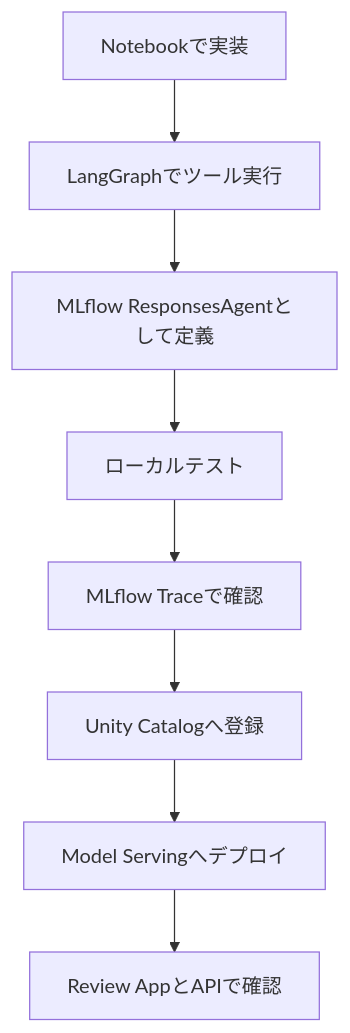
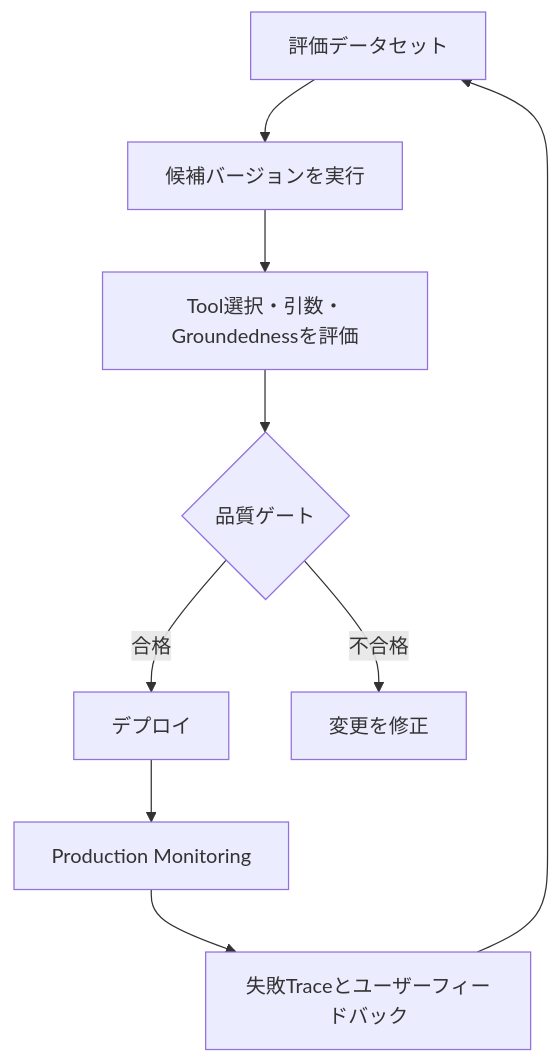
The eighth of 9 diagrams in articles/databricks-agentops-zenn.md (aymkbyshi/databricks-agentops-customer-support), drawn with Mermaid before and after one commit. The commit also changed other lines of this file, not shown here.

Commit message:
Rewrite Zenn article with current architecture and safety guidance

````diff
--- a/articles/databricks-agentops-zenn.md
+++ b/articles/databricks-agentops-zenn.md
@@ -518,10 +559,11 @@
 ```mermaid
 flowchart TD
-    A[Notebookで実装] --> B[LangGraphでツール実行]
-    B --> C[MLflow ResponsesAgentとして定義]
-    C --> D[ローカルテスト]
-    D --> E[MLflow Traceで確認]
-    E --> F[Unity Catalogへ登録]
-    F --> G[Model Servingへデプロイ]
-    G --> H[Review AppとAPIで確認]
+    A[評価データセット] --> B[候補バージョンを実行]
+    B --> C[Tool選択・引数・Groundednessを評価]
+    C --> D{品質ゲート}
+    D -->|合格| E[デプロイ]
+    D -->|不合格| F[変更を修正]
+    E --> G[Production Monitoring]
+    G --> H[失敗Traceとユーザーフィードバック]
+    H --> A
 ```
````
